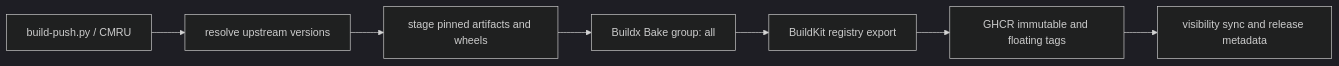
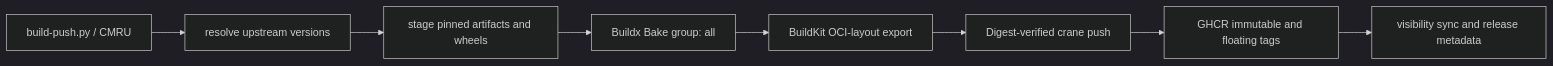
The first of 2 diagrams in modern-debian-tools-python-debug/docs/BUILD-ARCHITECTURE.md (volkb79-2/vbpub), drawn with Mermaid (dark theme) before and after one commit. The commit also changed other lines of this file and 6 other files, not shown here.

````diff
--- a/modern-debian-tools-python-debug/docs/BUILD-ARCHITECTURE.md
+++ b/modern-debian-tools-python-debug/docs/BUILD-ARCHITECTURE.md
@@ -70,9 +74,10 @@
 ```mermaid
 flowchart LR
     A[build-push.py / CMRU] --> B[resolve upstream versions]
     B --> C[stage pinned artifacts and wheels]
     C --> D[Buildx Bake group: all]
-    D --> E[BuildKit registry export]
-    E --> H[GHCR immutable and floating tags]
+    D --> E[BuildKit OCI-layout export]
+    E --> F[Digest-verified crane push]
+    F --> H[GHCR immutable and floating tags]
     H --> I[visibility sync and release metadata]
 ```
````
